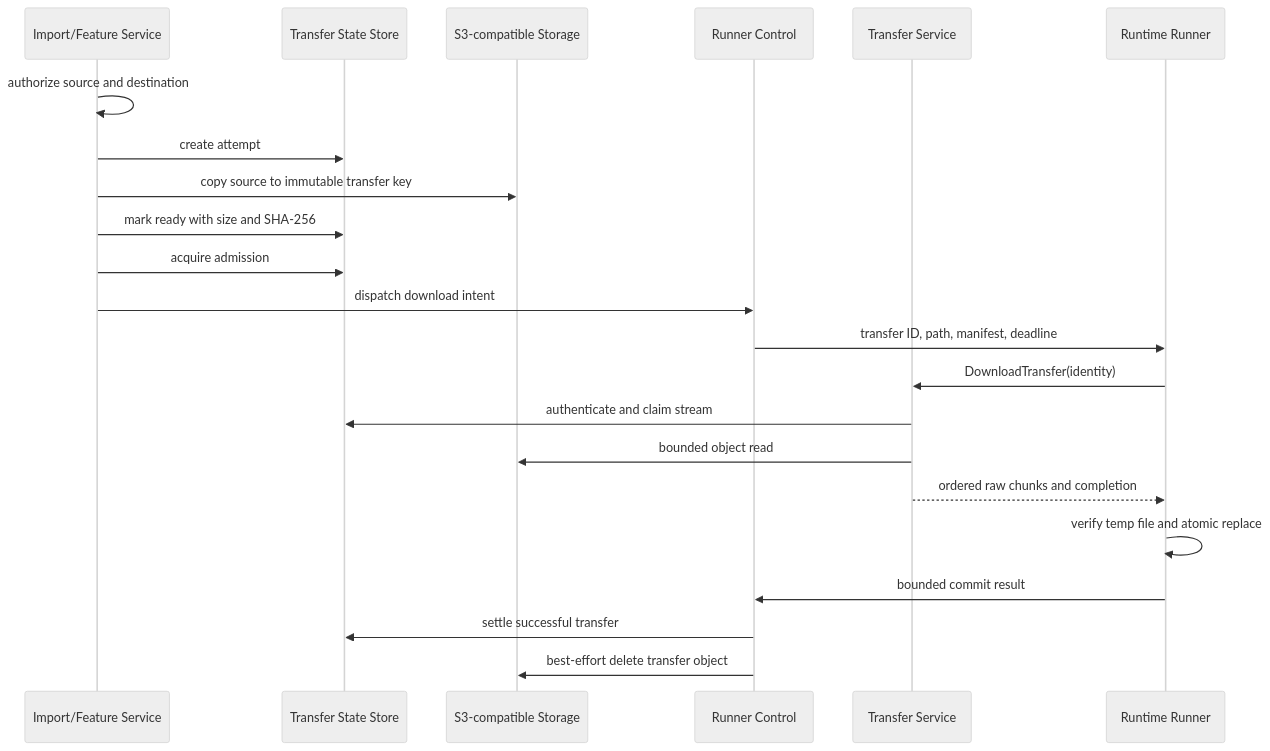
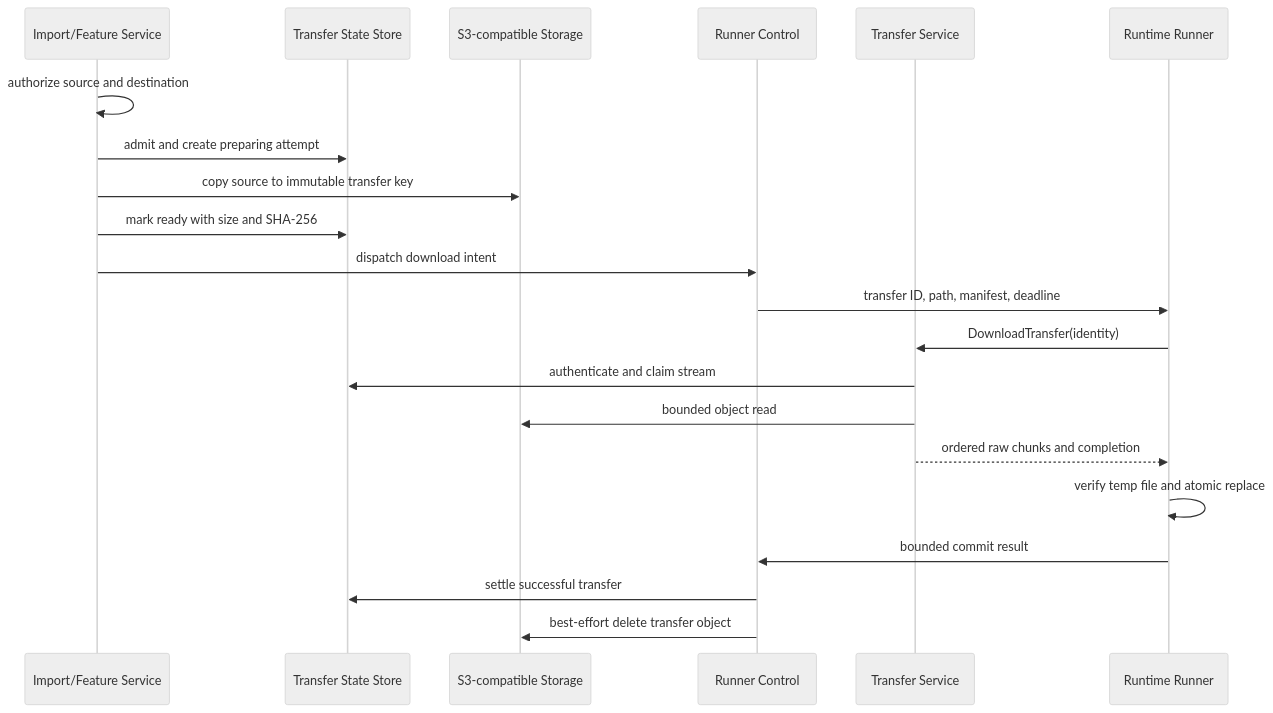
Before and after one commit to azents/azents: the third of 4 diagrams in docs/azents/design/transfer-260725-runtime-file-transfer.md, drawn with Mermaid (neutral theme). The commit also changed other lines of this file, not shown here.

Commit message:
Align transfer admission ordering

````diff
--- a/docs/azents/design/transfer-260725-runtime-file-transfer.md
+++ b/docs/azents/design/transfer-260725-runtime-file-transfer.md
@@ -344,25 +351,24 @@
 ```mermaid
 sequenceDiagram
     participant Feature as Import/Feature Service
     participant State as Transfer State Store
     participant S3 as S3-compatible Storage
     participant Control as Runner Control
     participant Transfer as Transfer Service
     participant Runner as Runtime Runner
 
     Feature->>Feature: authorize source and destination
-    Feature->>State: create attempt
+    Feature->>State: admit and create preparing attempt
     Feature->>S3: copy source to immutable transfer key
     Feature->>State: mark ready with size and SHA-256
-    Feature->>State: acquire admission
     Feature->>Control: dispatch download intent
     Control->>Runner: transfer ID, path, manifest, deadline
     Runner->>Transfer: DownloadTransfer(identity)
     Transfer->>State: authenticate and claim stream
     Transfer->>S3: bounded object read
     Transfer-->>Runner: ordered raw chunks and completion
     Runner->>Runner: verify temp file and atomic replace
     Runner->>Control: bounded commit result
     Control->>State: settle successful transfer
     Control->>S3: best-effort delete transfer object
 ```
````
